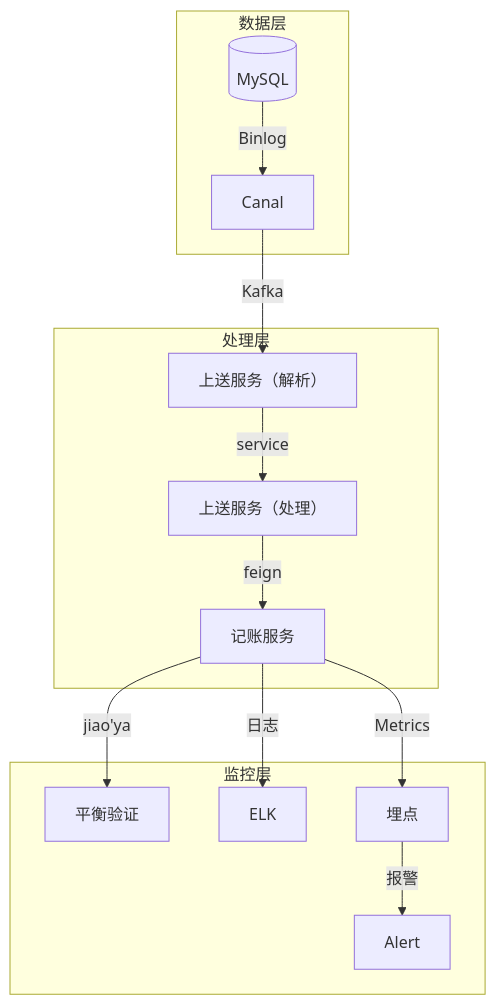
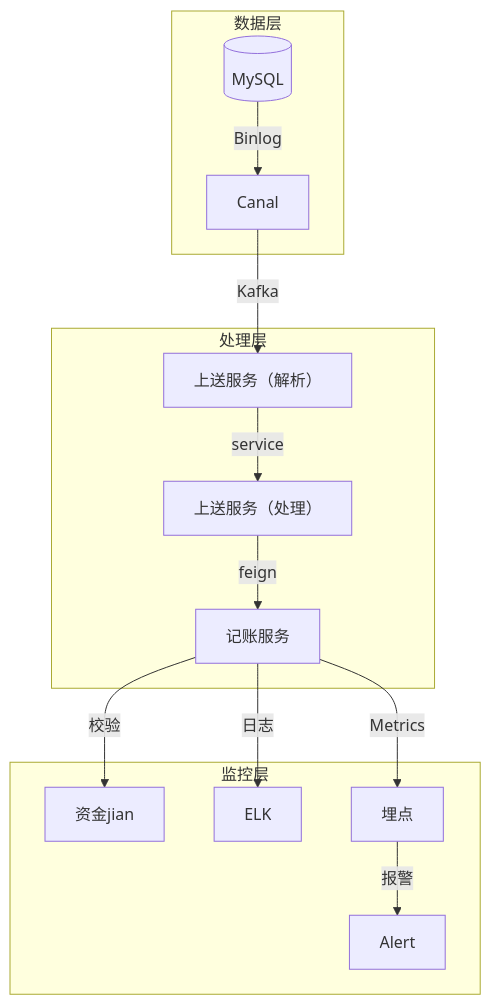
One commit to 87828943/iodraw-files changed the diagram in all/未命名-1.md. Above: the diagram before and after it, drawn with Mermaid.

Commit message:
2025-07-01 19:53:28 update

````diff
--- a/all/未命名-1.md
+++ b/all/未命名-1.md
@@ -1,17 +1,17 @@
 ```mermaid
 graph TB
     subgraph 数据层
         DB[(MySQL)] -->|Binlog| Canal
     end
     subgraph 处理层
         Canal -->|Kafka| Parser[上送服务（解析）]
         Parser -->|service| Engine[上送服务（处理）]
         Engine -->|feign| Accounting[记账服务]
     end
     subgraph 监控层
-        Accounting --> |jiao'ya| 平衡验证
+        Accounting --> |校验| 资金jian
         Accounting -->|日志| ELK
         Accounting -->|Metrics| 埋点
         埋点 -->|报警| Alert
     end
 ```
````
